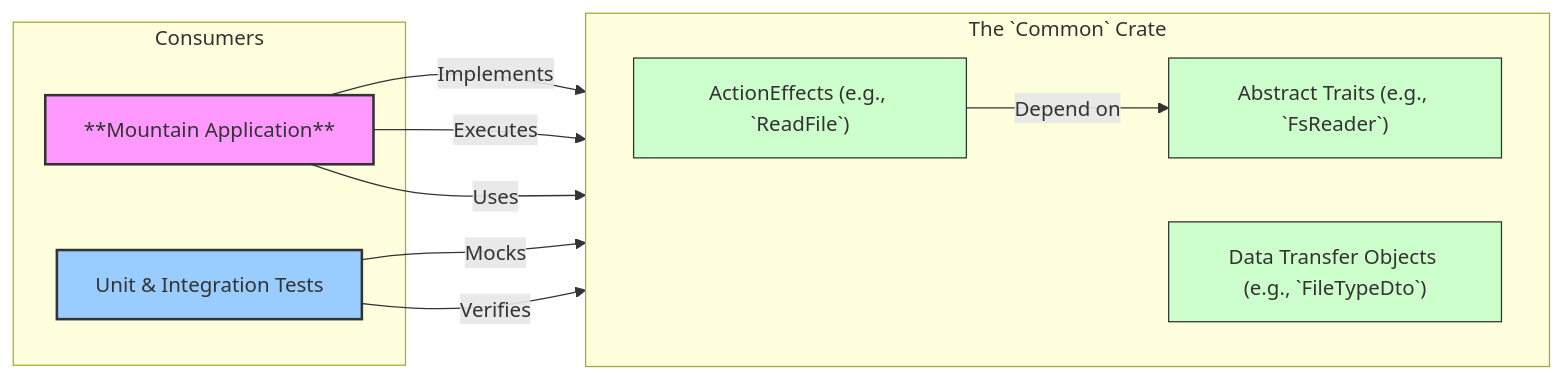
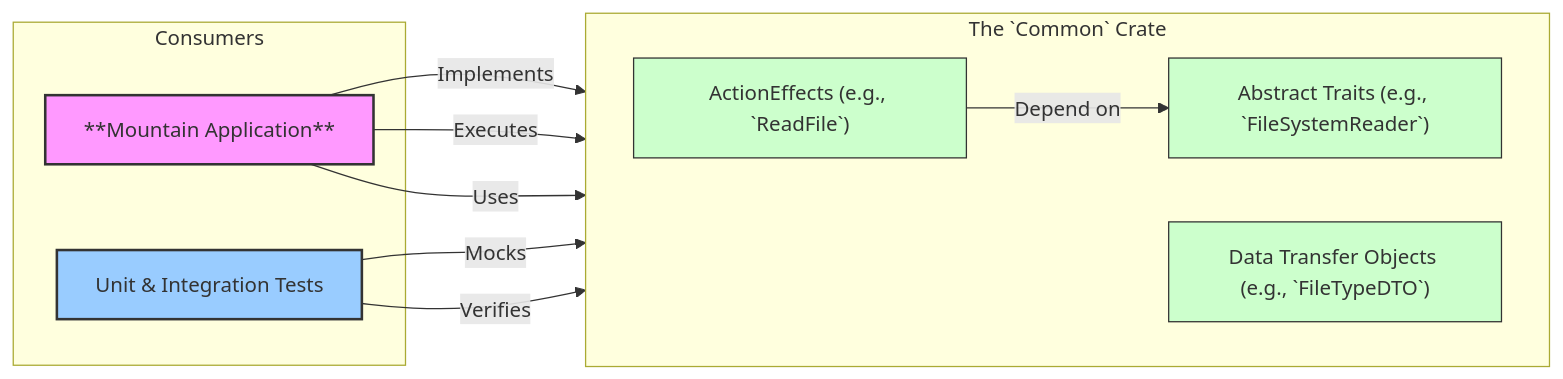
Before and after one commit to CodeEditorLand/Common: the diagram in README.md, drawn with Mermaid. The commit also changed other lines of this file and 1 other file, not shown here.

First line of the commit message:
docs(Common): Update architecture documentation to reflect final naming and structure

````diff
--- a/README.md
+++ b/README.md
@@ -144,27 +149,27 @@
 ```mermaid
 graph LR
     classDef mountain fill:#f9f,stroke:#333,stroke-width:2px;
     classDef common fill:#cfc,stroke:#333,stroke-width:1px;
     classDef consumer fill:#9cf,stroke:#333,stroke-width:2px;
 
     subgraph "The `Common` Crate"
         direction LR
-        Traits["Abstract Traits (e.g., `FsReader`)"]:::common
+        Traits["Abstract Traits (e.g., `FileSystemReader`)"]:::common
         Effects["ActionEffects (e.g., `ReadFile`)"]:::common
-        DTOs["Data Transfer Objects (e.g., `FileTypeDto`)"]:::common
+        DTOs["Data Transfer Objects (e.g., `FileTypeDTO`)"]:::common
 
         Effects -- Depend on --> Traits
     end
 
     subgraph "Consumers"
         Mountain[**Mountain Application**]:::mountain
         Tests[Unit & Integration Tests]:::consumer
     end
 
     Mountain -- Implements --> Traits
     Mountain -- Executes --> Effects
     Mountain -- Uses --> DTOs
 
     Tests -- Mocks --> Traits
     Tests -- Verifies --> Effects
 ```
````
